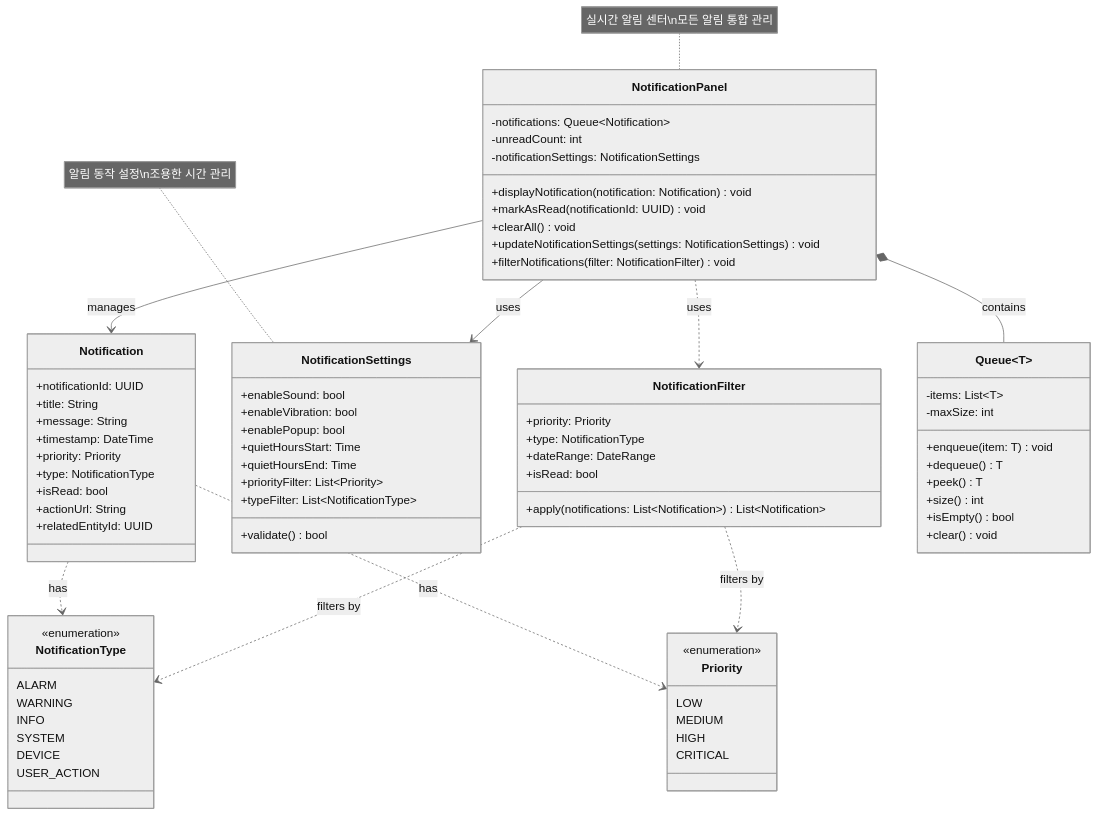
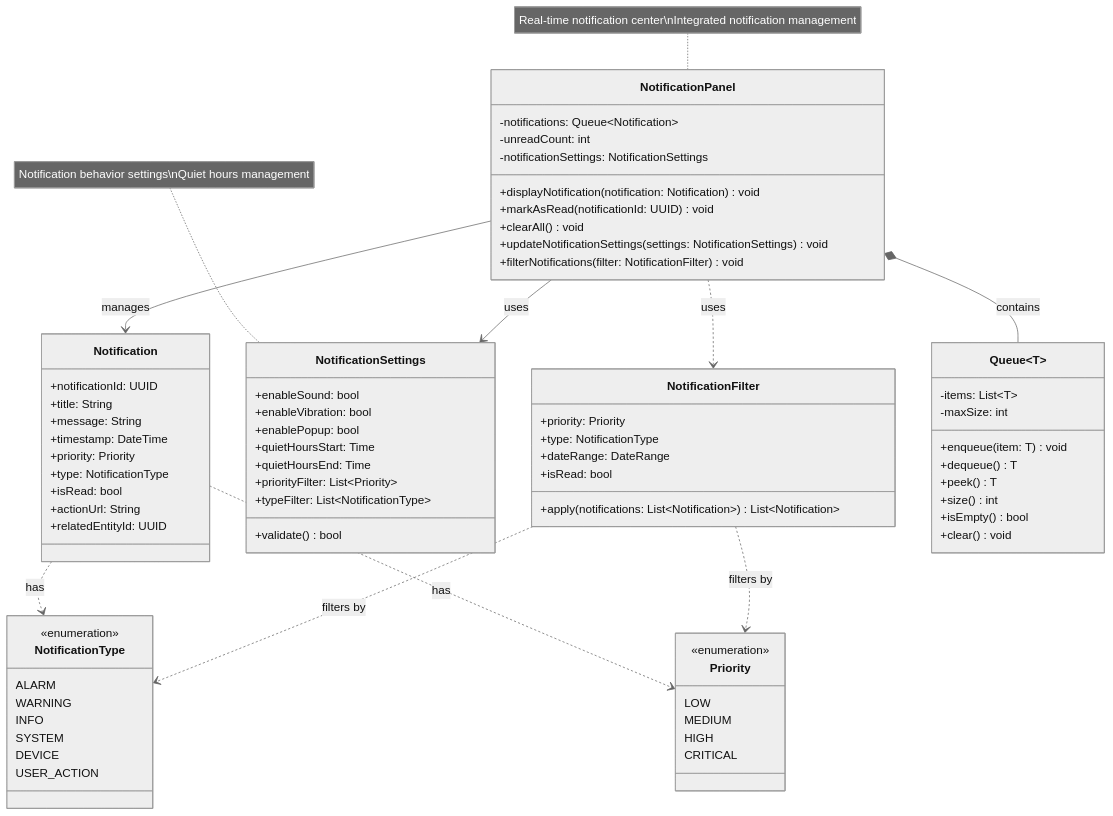
Before and after one commit to mj010101/swe_25f: the ninth of 12 diagrams in diagrams/presentation_class_diagram.md, drawn with Mermaid (neutral theme). The commit also changed other lines of this file, not shown here.

Commit message:
refine presentation class diagram

````diff
--- a/diagrams/presentation_class_diagram.md
+++ b/diagrams/presentation_class_diagram.md
@@ -1070,6 +1070,6 @@
     NotificationFilter ..> NotificationType : filters by
     NotificationFilter ..> Priority : filters by
 
-    note for NotificationPanel "실시간 알림 센터\n모든 알림 통합 관리"
-    note for NotificationSettings "알림 동작 설정\n조용한 시간 관리"
+    note for NotificationPanel "Real-time notification center\nIntegrated notification management"
+    note for NotificationSettings "Notification behavior settings\nQuiet hours management"
 ```
````
